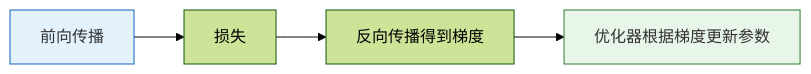
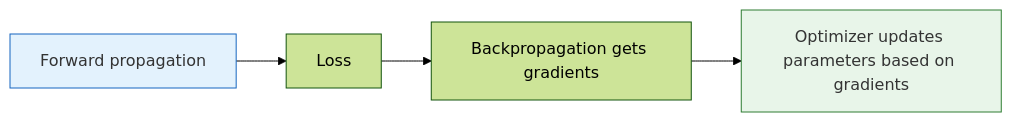
The second of 2 diagrams in docs/ch06-deep-learning/ch01-nn-basics/03-optimizers.md (oudbiao/AI-fullstack-course), drawn with Mermaid (forest theme) before and after one commit. The commit also changed other lines of this file and 1406 other files, not shown here.

````diff
--- a/docs/ch06-deep-learning/ch01-nn-basics/03-optimizers.md
+++ b/docs/ch06-deep-learning/ch01-nn-basics/03-optimizers.md
@@ -74,9 +74,9 @@
 ```mermaid
 flowchart LR
-    A["前向传播"] --> B["损失"]
-    B --> C["反向传播得到梯度"]
-    C --> D["优化器根据梯度更新参数"]
+    A["Forward propagation"] --> B["Loss"]
+    B --> C["Backpropagation gets gradients"]
+    C --> D["Optimizer updates parameters based on gradients"]
 
     style A fill:#e3f2fd,stroke:#1565c0,color:#333
     style D fill:#e8f5e9,stroke:#2e7d32,color:#333
 ```
````
